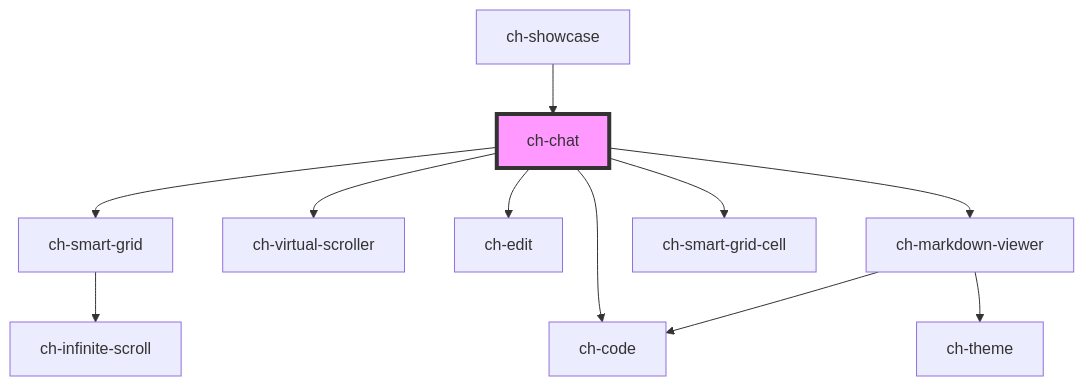
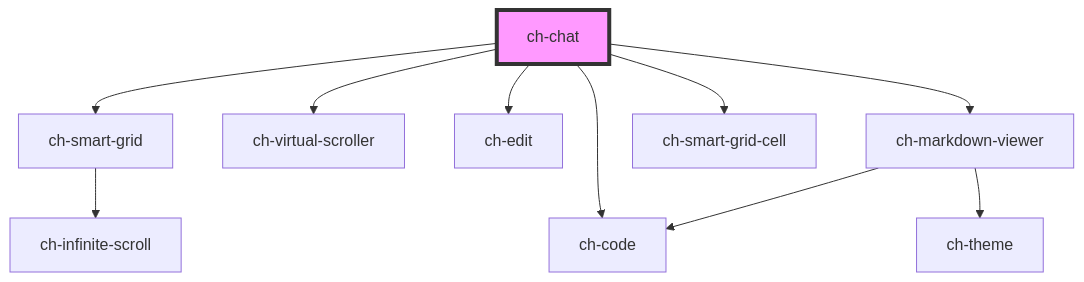
The diagram in src/components/chat/readme.md (genexuslabs/chameleon-controls-library), drawn with Mermaid before and after one commit. The commit also changed other lines of this file and 25 other files, not shown here.

````diff
--- a/src/components/chat/readme.md
+++ b/src/components/chat/readme.md
@@ -140,14 +136,13 @@
 ```mermaid
 graph TD;
   ch-chat --> ch-smart-grid
   ch-chat --> ch-virtual-scroller
   ch-chat --> ch-edit
   ch-chat --> ch-code
   ch-chat --> ch-markdown-viewer
   ch-chat --> ch-smart-grid-cell
   ch-smart-grid --> ch-infinite-scroll
   ch-markdown-viewer --> ch-theme
   ch-markdown-viewer --> ch-code
-  ch-showcase --> ch-chat
   style ch-chat fill:#f9f,stroke:#333,stroke-width:4px
 ```
````
